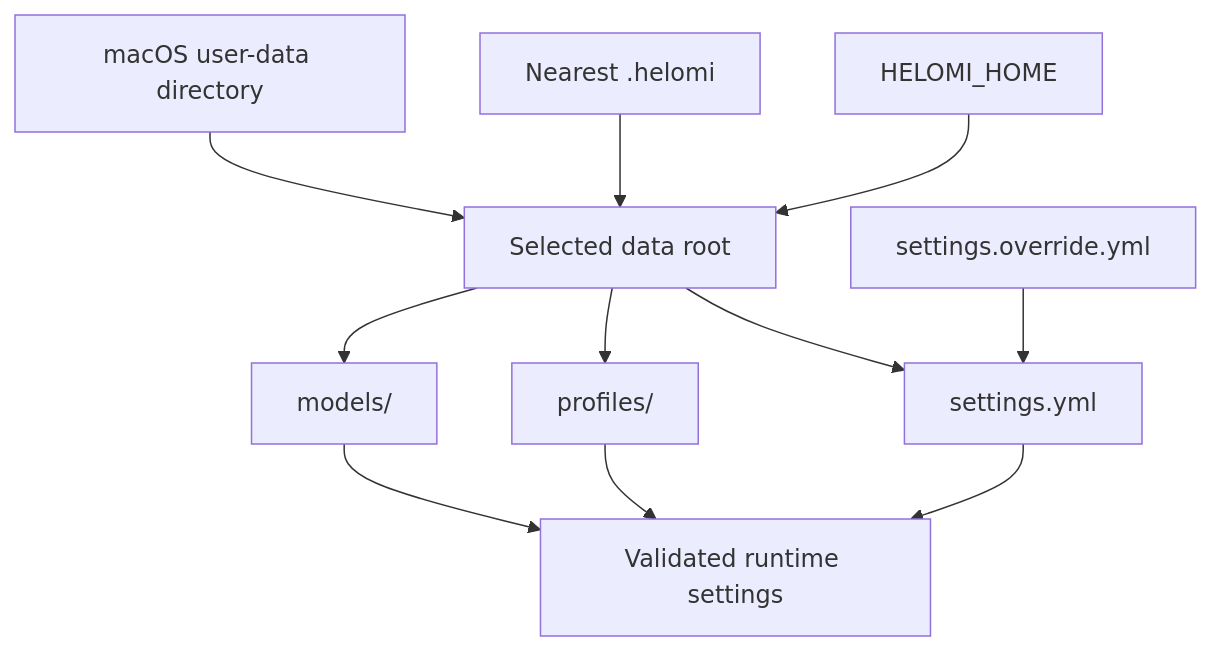
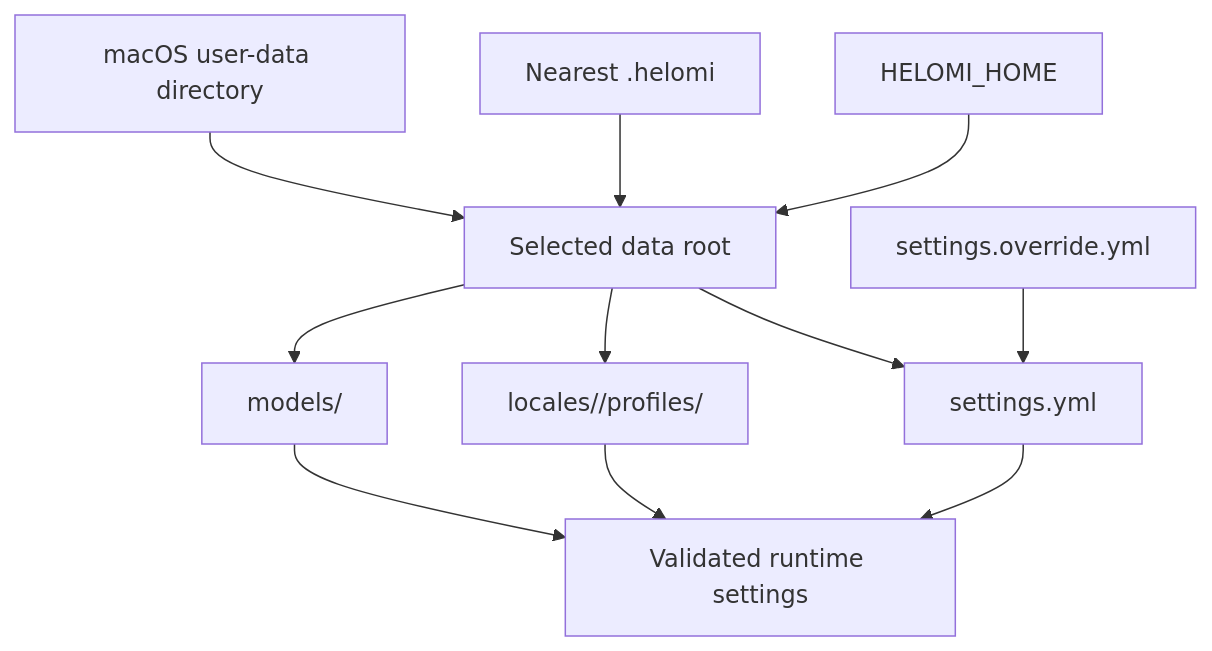
One commit to stanislaw-glogowski/helomi-app changed the diagram in docs/configuration.md. Above: the diagram before and after it, drawn with Mermaid. The commit also changed other lines of this file and 75 other files, not shown here.

````diff
--- a/docs/configuration.md
+++ b/docs/configuration.md
@@ -37,13 +43,13 @@
 ```mermaid
 flowchart TD
   Env["HELOMI_HOME"] --> Root["Selected data root"]
   Local["Nearest .helomi"] --> Root
   Platform["macOS user-data directory"] --> Root
   Root --> Settings["settings.yml"]
   Override["settings.override.yml"] --> Settings
-  Root --> Profiles["profiles/<id>"]
+  Root --> Profiles["locales/<language>/profiles/<id>"]
   Root --> Models["models/"]
   Settings --> Runtime["Validated runtime settings"]
   Profiles --> Runtime
   Models --> Runtime
 ```
````
